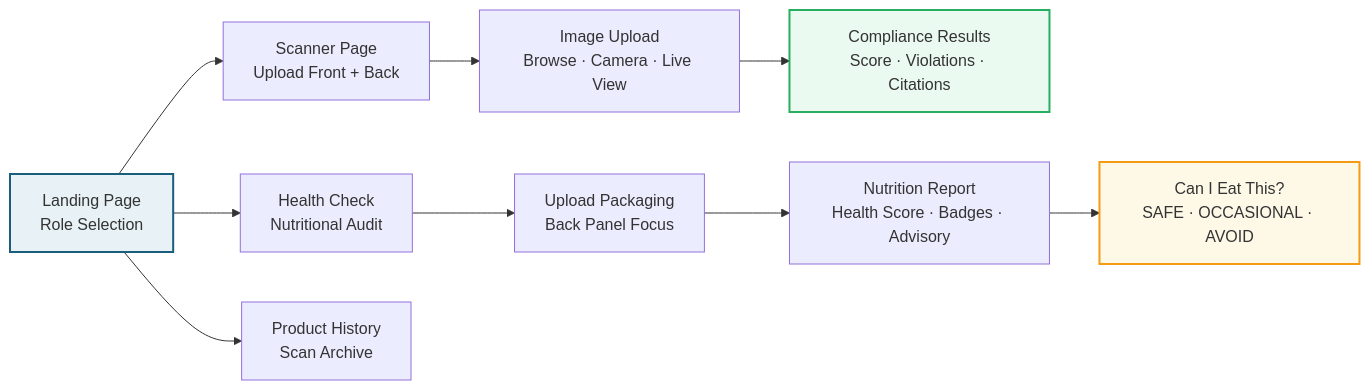
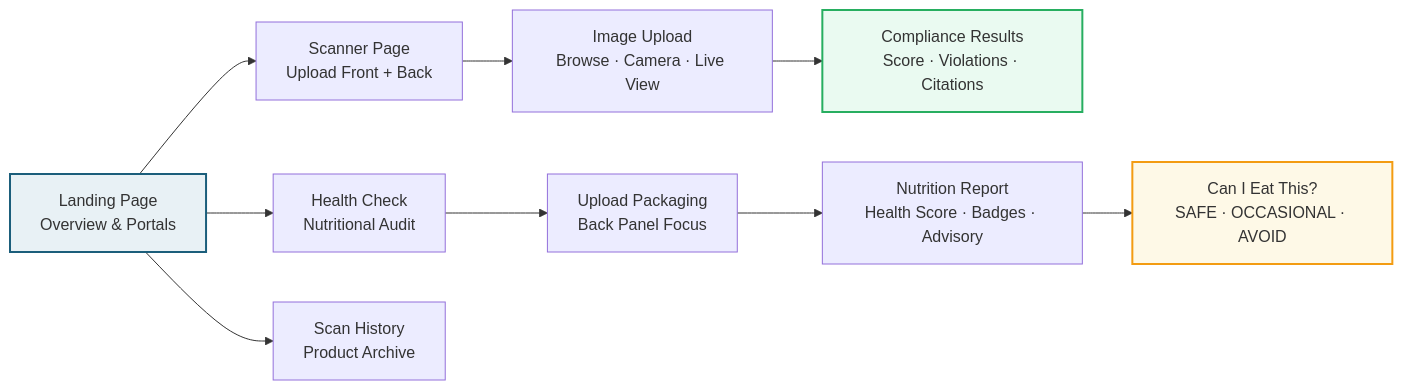
Before and after one commit to z-lovejeet/PackDrishti: the seventh of 7 diagrams in README.md, drawn with Mermaid. The commit also changed other lines of this file and 35 other files, not shown here.

````diff
--- a/README.md
+++ b/README.md
@@ -551,17 +539,17 @@
 ```mermaid
 graph LR
-    LAND["Landing Page<br/>Role Selection"] --> SCAN["Scanner Page<br/>Upload Front + Back"]
+    LAND["Landing Page<br/>Overview & Portals"] --> SCAN["Scanner Page<br/>Upload Front + Back"]
     LAND --> HEALTH["Health Check<br/>Nutritional Audit"]
-    LAND --> HISTORY["Product History<br/>Scan Archive"]
+    LAND --> HISTORY["Scan History<br/>Product Archive"]
 
     SCAN --> UPLOAD["Image Upload<br/>Browse · Camera · Live View"]
     UPLOAD --> RESULTS["Compliance Results<br/>Score · Violations · Citations"]
 
     HEALTH --> UPLOAD2["Upload Packaging<br/>Back Panel Focus"]
     UPLOAD2 --> NUTRI["Nutrition Report<br/>Health Score · Badges · Advisory"]
     NUTRI --> VERDICT["Can I Eat This?<br/>SAFE · OCCASIONAL · AVOID"]
 
     style LAND fill:#E8F1F5,stroke:#1B5E7B,stroke-width:2px
     style RESULTS fill:#EAFAF1,stroke:#27AE60,stroke-width:2px
     style VERDICT fill:#FEF9E7,stroke:#F39C12,stroke-width:2px
 ```
````
